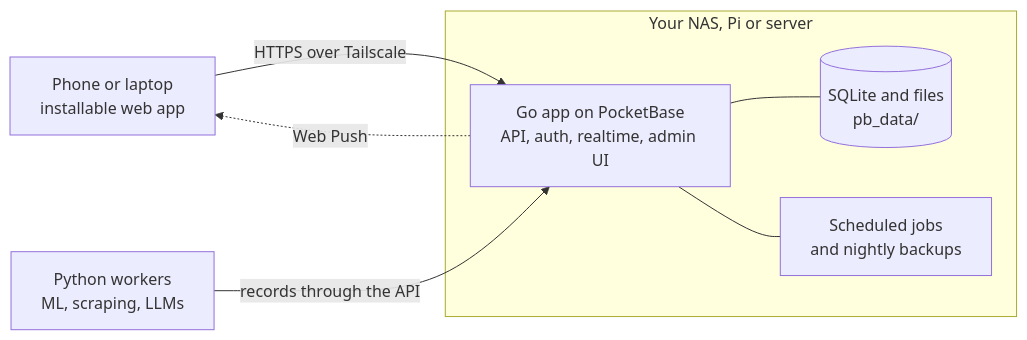
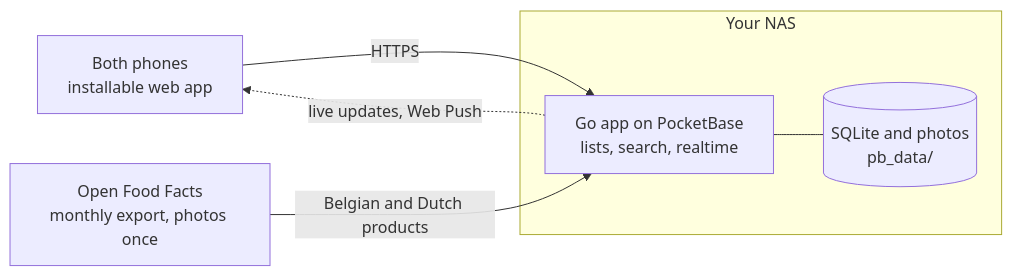
The diagram in README.md (selfhostit/shoppa), drawn with Mermaid before and after one commit. The commit also changed other lines of this file and 1 other file, not shown here.

Commit message:
A README for Shoppa, with phone screenshots

````diff
--- a/README.md
+++ b/README.md
@@ -43,15 +84,13 @@
 ```mermaid
 flowchart LR
-  phone["Phone or laptop<br/>installable web app"]
-  subgraph box["Your NAS, Pi or server"]
-    app["Go app on PocketBase<br/>API, auth, realtime, admin UI"]
-    db[("SQLite and files<br/>pb_data/")]
-    jobs["Scheduled jobs<br/>and nightly backups"]
+  phones["Both phones<br/>installable web app"]
+  subgraph box["Your NAS"]
+    app["Go app on PocketBase<br/>lists, search, realtime"]
+    db[("SQLite and photos<br/>pb_data/")]
     app --- db
-    app --- jobs
   end
-  worker["Python workers<br/>ML, scraping, LLMs"]
-  phone -- "HTTPS over Tailscale" --> app
-  worker -- "records through the API" --> app
-  app -. "Web Push" .-> phone
+  off["Open Food Facts<br/>monthly export, photos once"]
+  phones -- "HTTPS" --> app
+  app -. "live updates, Web Push" .-> phones
+  off -- "Belgian and Dutch products" --> app
 ```
````
